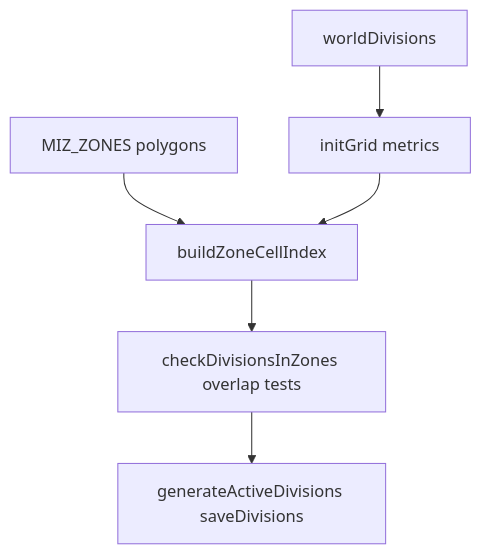
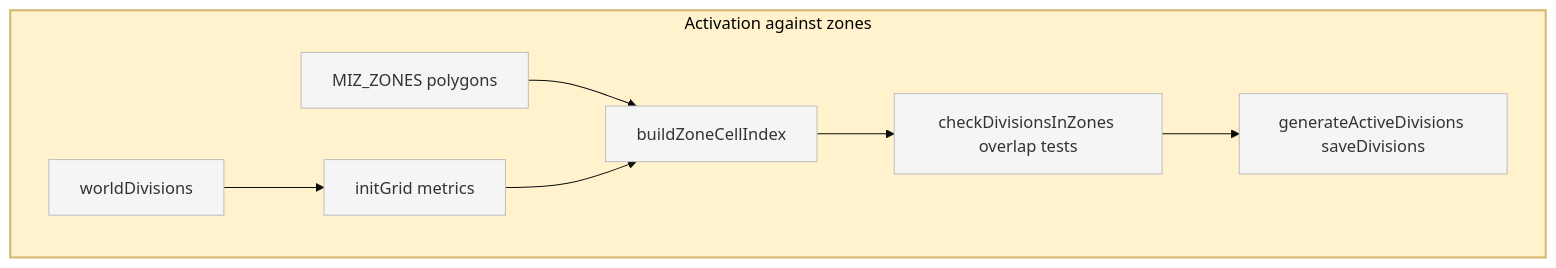
The third of 3 diagrams in docs/config/world_bounds_and_divisions.md (Gh0st352/AETHR), drawn with Mermaid before and after one commit. The commit also changed other lines of this file and 8 other files, not shown here.

First line of the commit message:
docs(config): enhance Mermaid diagrams with theme/layout

````diff
--- a/docs/config/world_bounds_and_divisions.md
+++ b/docs/config/world_bounds_and_divisions.md
@@ -64,8 +71,15 @@
 ```mermaid
-flowchart TD
-  DIVS[worldDivisions] --> GRID[initGrid metrics]
-  ZONES[MIZ_ZONES polygons] --> INDEX[buildZoneCellIndex]
-  GRID --> INDEX
-  INDEX --> TEST[checkDivisionsInZones overlap tests]
-  TEST --> ACTIVE[generateActiveDivisions saveDivisions]
+%%{init: {"theme":"base", "themeVariables":{"primaryColor":"#f5f5f5"}}}%%
+flowchart TB
+  subgraph ACTIVATION [Activation against zones]
+    style ACTIVATION fill:#fff2cc,stroke:#d4b86f,stroke-width:2px
+    DIVS[worldDivisions] --> GRID[initGrid metrics]
+    ZONES[MIZ_ZONES polygons] --> INDEX[buildZoneCellIndex]
+    GRID --> INDEX
+    INDEX --> TEST[checkDivisionsInZones overlap tests]
+    TEST --> ACTIVE[generateActiveDivisions saveDivisions]
+  end
+
+  classDef node fill:#f5f5f5,stroke:#bfbfbf,stroke-width:1px
+  class DIVS,GRID,ZONES,INDEX,TEST,ACTIVE node
 ```
````
